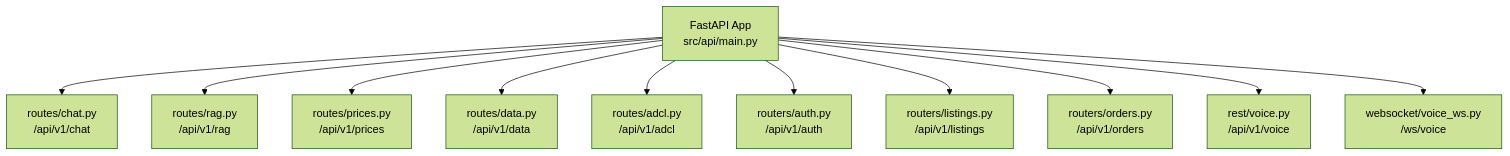
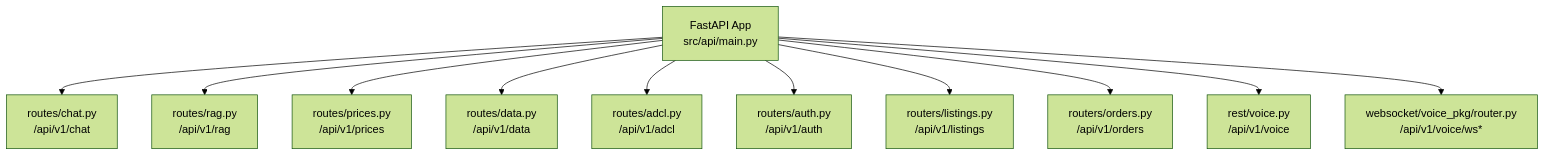
Before and after one commit to cropfresh/Cropfresh_Ai: the diagram in docs/api/endpoints-reference.md, drawn with Mermaid (forest theme). The commit also changed other lines of this file and 51 other files, not shown here.

````diff
--- a/docs/api/endpoints-reference.md
+++ b/docs/api/endpoints-reference.md
@@ -12,24 +11,24 @@
 ```mermaid
 graph TD
     MAIN["FastAPI App<br/>src/api/main.py"] --> R1
     MAIN --> R2
     MAIN --> R3
     MAIN --> R4
     MAIN --> R5
     MAIN --> R6
     MAIN --> R7
     MAIN --> R8
     MAIN --> R9
     MAIN --> R10
 
     R1["routes/chat.py<br/>/api/v1/chat"]
     R2["routes/rag.py<br/>/api/v1/rag"]
     R3["routes/prices.py<br/>/api/v1/prices"]
     R4["routes/data.py<br/>/api/v1/data"]
     R5["routes/adcl.py<br/>/api/v1/adcl"]
     R6["routers/auth.py<br/>/api/v1/auth"]
     R7["routers/listings.py<br/>/api/v1/listings"]
     R8["routers/orders.py<br/>/api/v1/orders"]
     R9["rest/voice.py<br/>/api/v1/voice"]
-    R10["websocket/voice_ws.py<br/>/ws/voice"]
+    R10["websocket/voice_pkg/router.py<br/>/api/v1/voice/ws*"]
 ```
````
